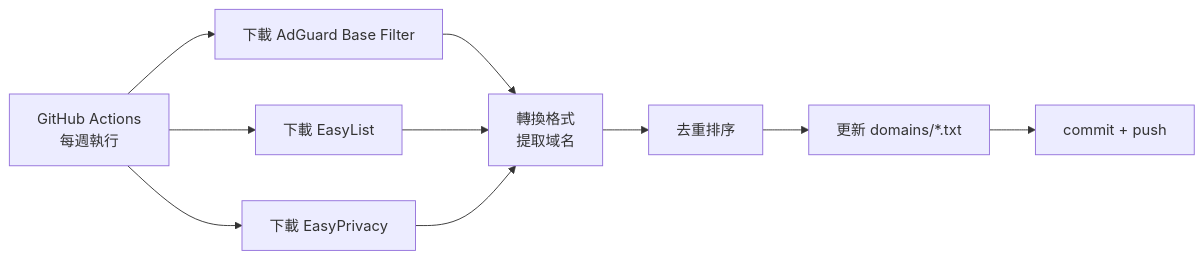
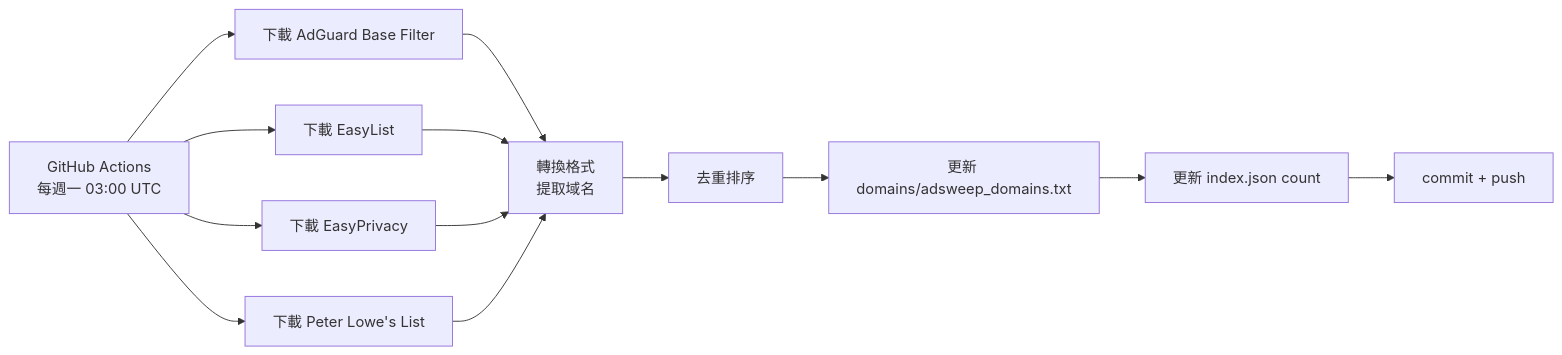
Before and after one commit to tzyyung/AdSweep: the sixth of 6 diagrams in doc/RULE_REPOSITORY.md, drawn with Mermaid. The commit also changed other lines of this file and 4 other files, not shown here.

````diff
--- a/doc/RULE_REPOSITORY.md
+++ b/doc/RULE_REPOSITORY.md
@@ -205,12 +205,15 @@
 ```mermaid
 graph LR
-    A["GitHub Actions<br>每週執行"] --> B["下載 AdGuard Base Filter"]
+    A["GitHub Actions<br>每週一 03:00 UTC"] --> B["下載 AdGuard Base Filter"]
     A --> C["下載 EasyList"]
     A --> D["下載 EasyPrivacy"]
+    A --> D2["下載 Peter Lowe's List"]
     B --> E["轉換格式<br>提取域名"]
     C --> E
     D --> E
+    D2 --> E
     E --> F["去重排序"]
-    F --> G["更新 domains/*.txt"]
-    G --> H["commit + push"]
+    F --> G["更新 domains/adsweep_domains.txt"]
+    G --> H["更新 index.json count"]
+    H --> I["commit + push"]
 ```
````
